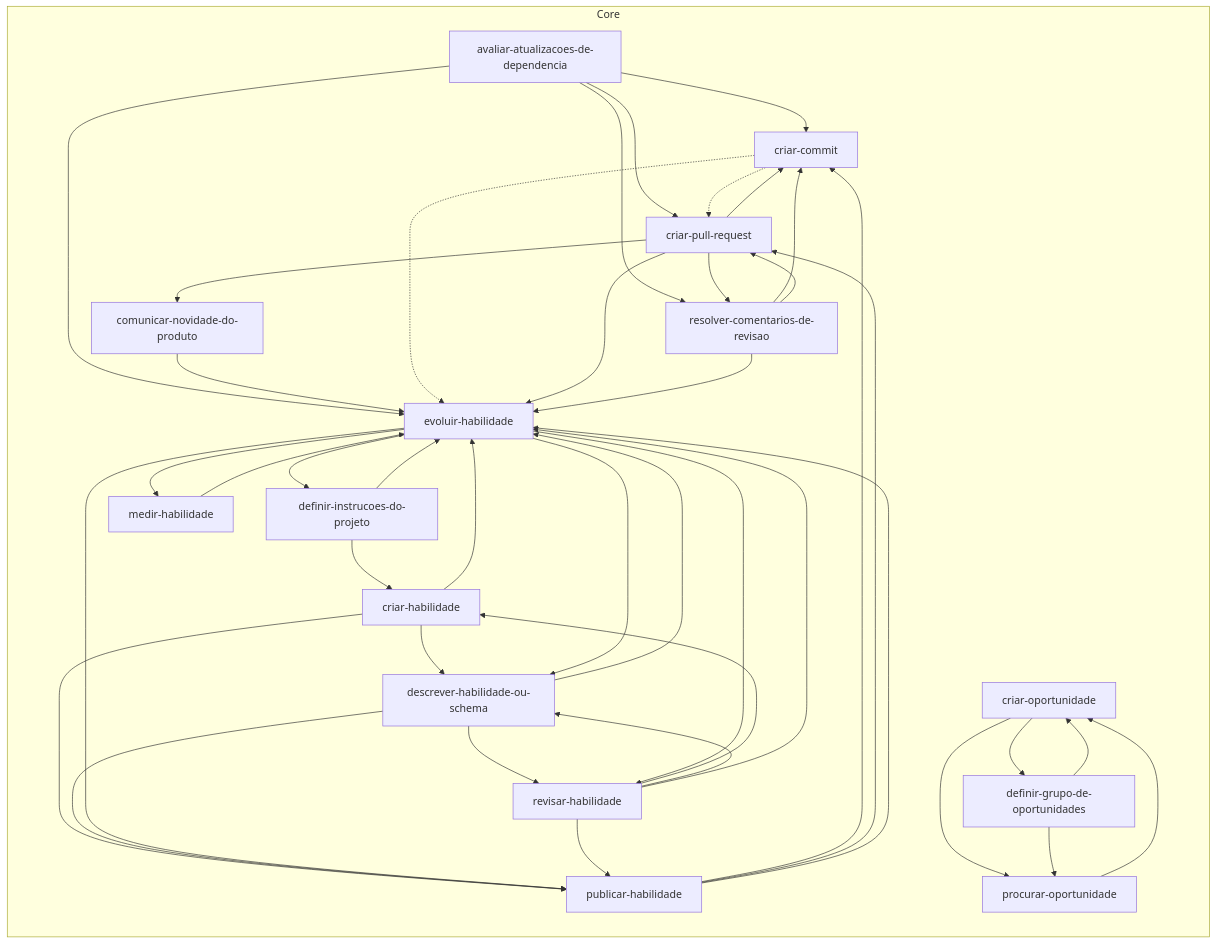
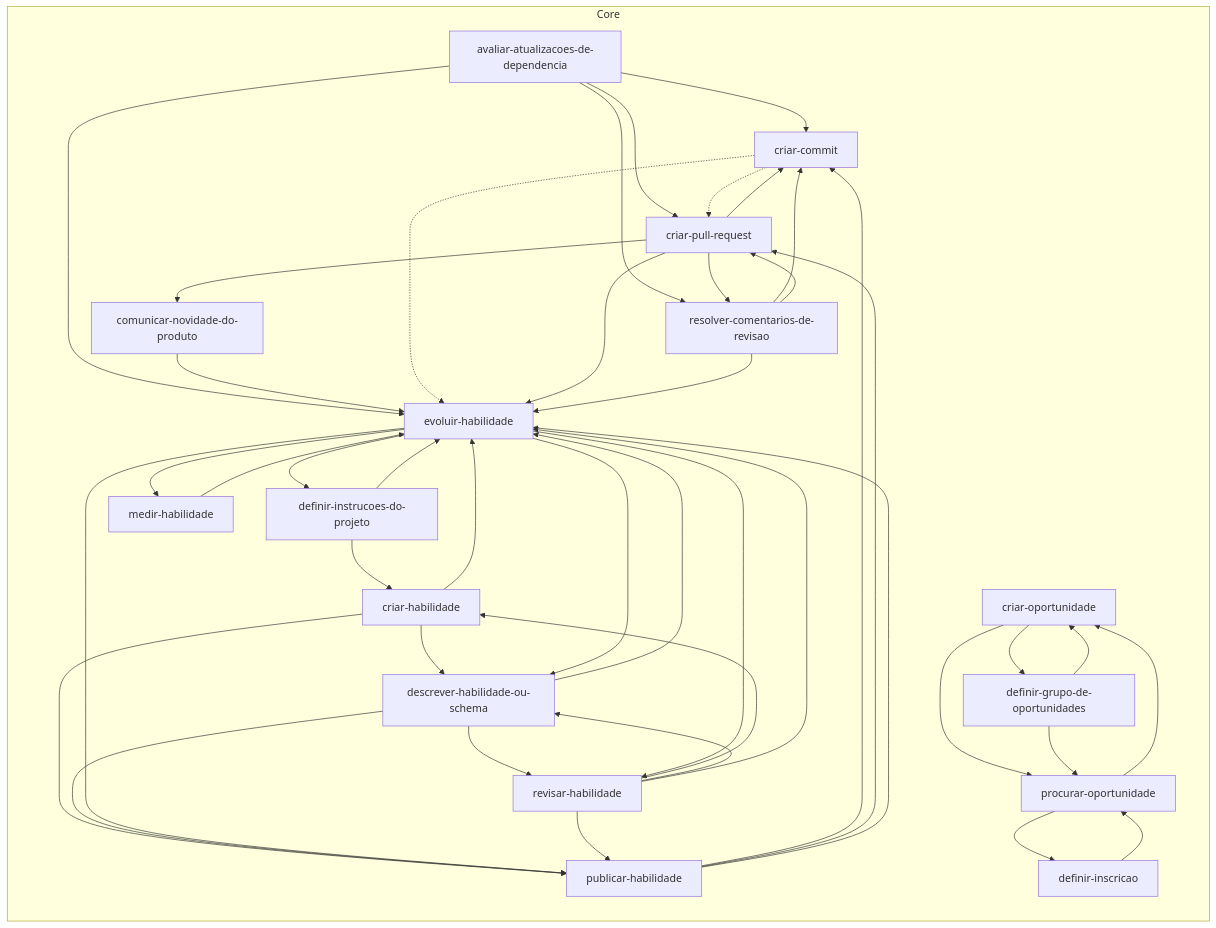
The diagram in .agents/skills/README.md (jimmyandrade/harness), drawn with Mermaid before and after one commit. The commit also changed 6 other files, not shown here.

First line of the commit message:
feat(definir-inscricao): move the skill to the core

````diff
--- a/.agents/skills/README.md
+++ b/.agents/skills/README.md
@@ -11,60 +11,63 @@
 ```mermaid
 flowchart LR
   subgraph core["Core"]
     avaliar_atualizacoes_de_dependencia["avaliar-atualizacoes-de-dependencia"]
     comunicar_novidade_do_produto["comunicar-novidade-do-produto"]
     criar_commit["criar-commit"]
     criar_habilidade["criar-habilidade"]
     criar_oportunidade["criar-oportunidade"]
     criar_pull_request["criar-pull-request"]
     definir_grupo_de_oportunidades["definir-grupo-de-oportunidades"]
+    definir_inscricao["definir-inscricao"]
     definir_instrucoes_do_projeto["definir-instrucoes-do-projeto"]
     descrever_habilidade_ou_schema["descrever-habilidade-ou-schema"]
     evoluir_habilidade["evoluir-habilidade"]
     medir_habilidade["medir-habilidade"]
     procurar_oportunidade["procurar-oportunidade"]
     publicar_habilidade["publicar-habilidade"]
     resolver_comentarios_de_revisao["resolver-comentarios-de-revisao"]
     revisar_habilidade["revisar-habilidade"]
   end
   avaliar_atualizacoes_de_dependencia --> criar_commit
   avaliar_atualizacoes_de_dependencia --> criar_pull_request
   avaliar_atualizacoes_de_dependencia --> evoluir_habilidade
   avaliar_atualizacoes_de_dependencia --> resolver_comentarios_de_revisao
   comunicar_novidade_do_produto --> evoluir_habilidade
   criar_commit -.-> criar_pull_request
   criar_commit -.-> evoluir_habilidade
   criar_habilidade --> descrever_habilidade_ou_schema
   criar_habilidade --> evoluir_habilidade
   criar_habilidade --> publicar_habilidade
   criar_oportunidade --> definir_grupo_de_oportunidades
   criar_oportunidade --> procurar_oportunidade
   criar_pull_request --> comunicar_novidade_do_produto
   criar_pull_request --> criar_commit
   criar_pull_request --> evoluir_habilidade
   criar_pull_request --> resolver_comentarios_de_revisao
   definir_grupo_de_oportunidades --> criar_oportunidade
   definir_grupo_de_oportunidades --> procurar_oportunidade
+  definir_inscricao --> procurar_oportunidade
   definir_instrucoes_do_projeto --> criar_habilidade
   definir_instrucoes_do_projeto --> evoluir_habilidade
   descrever_habilidade_ou_schema --> evoluir_habilidade
   descrever_habilidade_ou_schema --> publicar_habilidade
   descrever_habilidade_ou_schema --> revisar_habilidade
   evoluir_habilidade --> definir_instrucoes_do_projeto
   evoluir_habilidade --> descrever_habilidade_ou_schema
   evoluir_habilidade --> medir_habilidade
   evoluir_habilidade --> publicar_habilidade
   evoluir_habilidade --> revisar_habilidade
   medir_habilidade --> evoluir_habilidade
   procurar_oportunidade --> criar_oportunidade
+  procurar_oportunidade --> definir_inscricao
   publicar_habilidade --> criar_commit
   publicar_habilidade --> criar_pull_request
   publicar_habilidade --> evoluir_habilidade
   resolver_comentarios_de_revisao --> criar_commit
   resolver_comentarios_de_revisao --> criar_pull_request
   resolver_comentarios_de_revisao --> evoluir_habilidade
   revisar_habilidade --> criar_habilidade
   revisar_habilidade --> descrever_habilidade_ou_schema
   revisar_habilidade --> evoluir_habilidade
   revisar_habilidade --> publicar_habilidade
 ```
````
